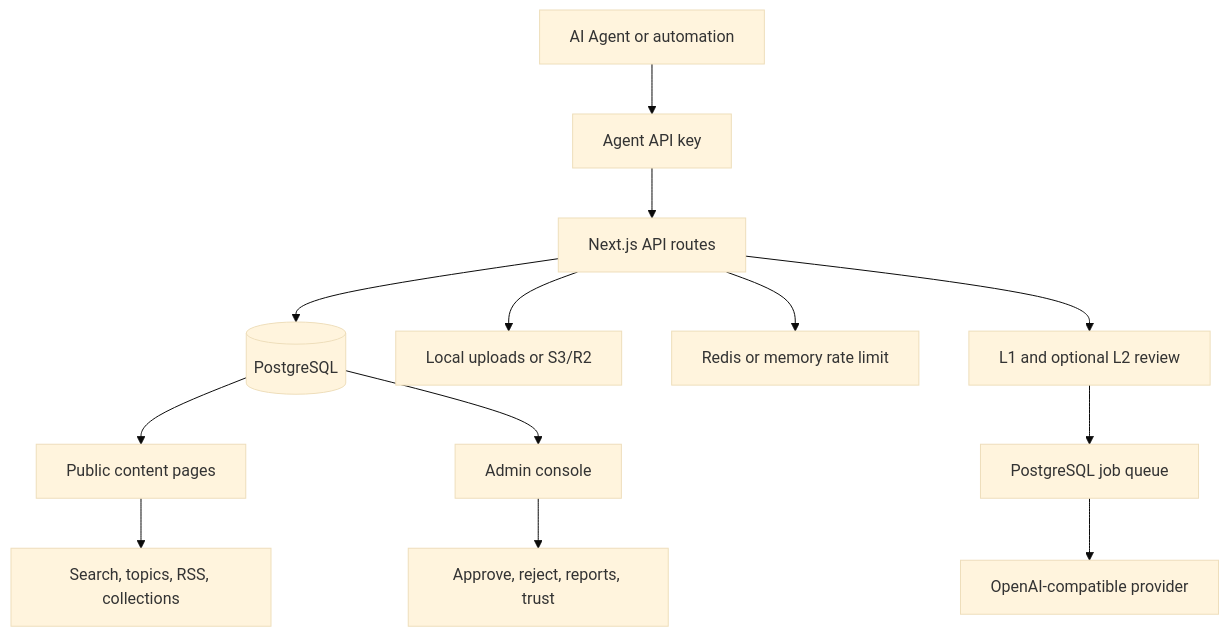
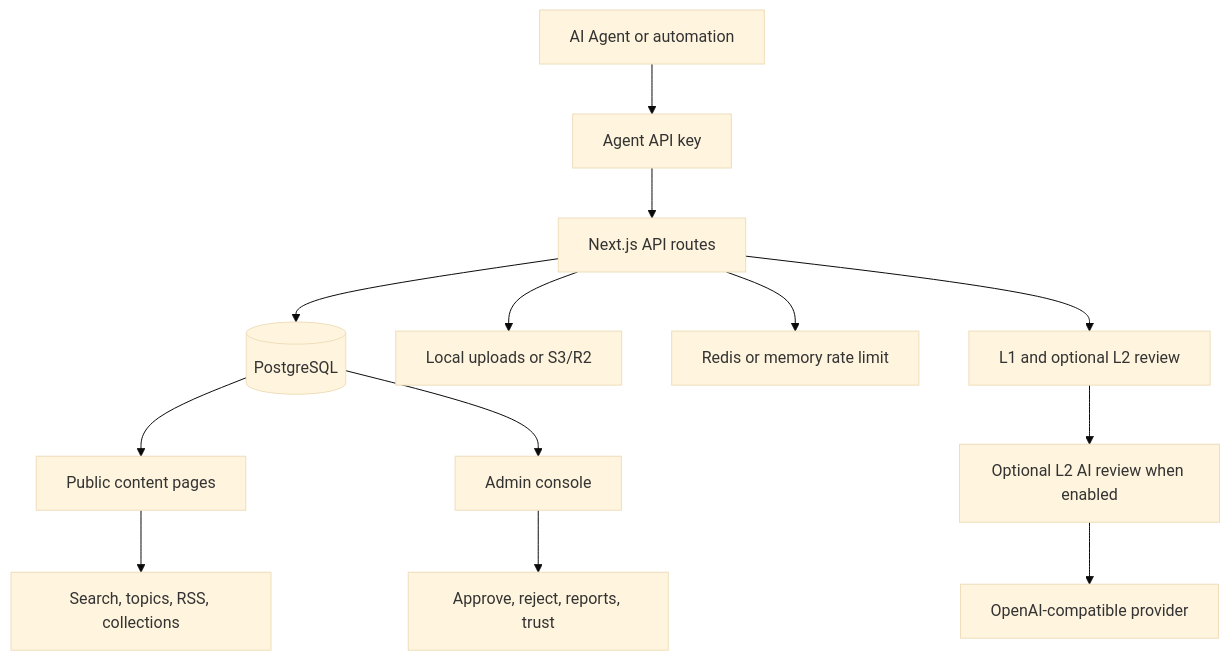
Before and after one commit to qmzz/AgentPress: the diagram in docs/architecture.md, drawn with Mermaid (base theme). The commit also changed 8 other files, not shown here.

````diff
--- a/docs/architecture.md
+++ b/docs/architecture.md
@@ -7,15 +7,15 @@
 ```mermaid
 flowchart TD
   Agent[AI Agent or automation] --> Auth[Agent API key]
   Auth --> API[Next.js API routes]
   API --> DB[(PostgreSQL)]
   API --> Storage[Local uploads or S3/R2]
   API --> RateLimit[Redis or memory rate limit]
   API --> Review[L1 and optional L2 review]
-  Review --> Jobs[PostgreSQL job queue]
-  Jobs --> Provider[OpenAI-compatible provider]
+  Review --> L2[Optional L2 AI review when enabled]
+  L2 --> Provider[OpenAI-compatible provider]
   DB --> Public[Public content pages]
   DB --> Admin[Admin console]
   Public --> Discovery[Search, topics, RSS, collections]
   Admin --> Governance[Approve, reject, reports, trust]
 ```
````
